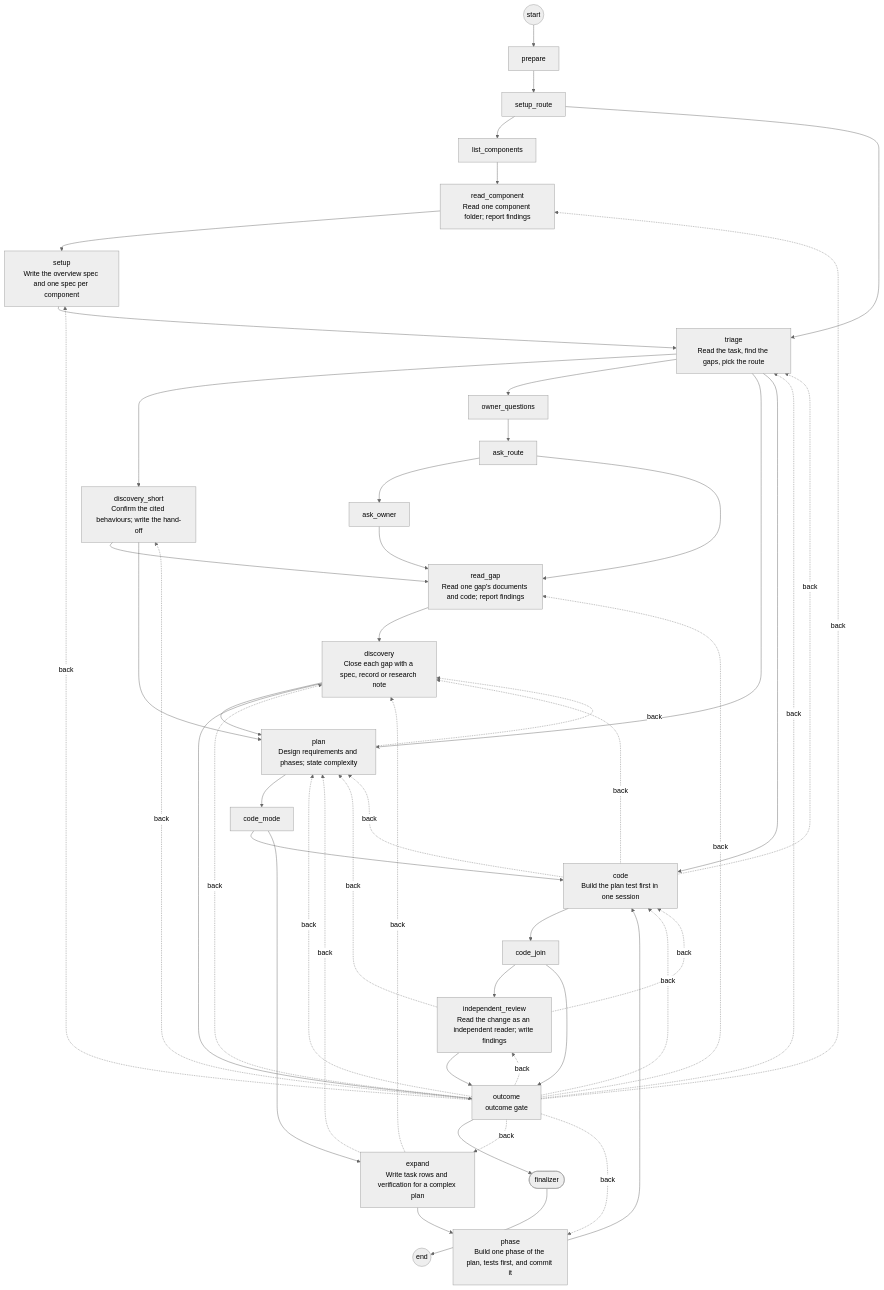
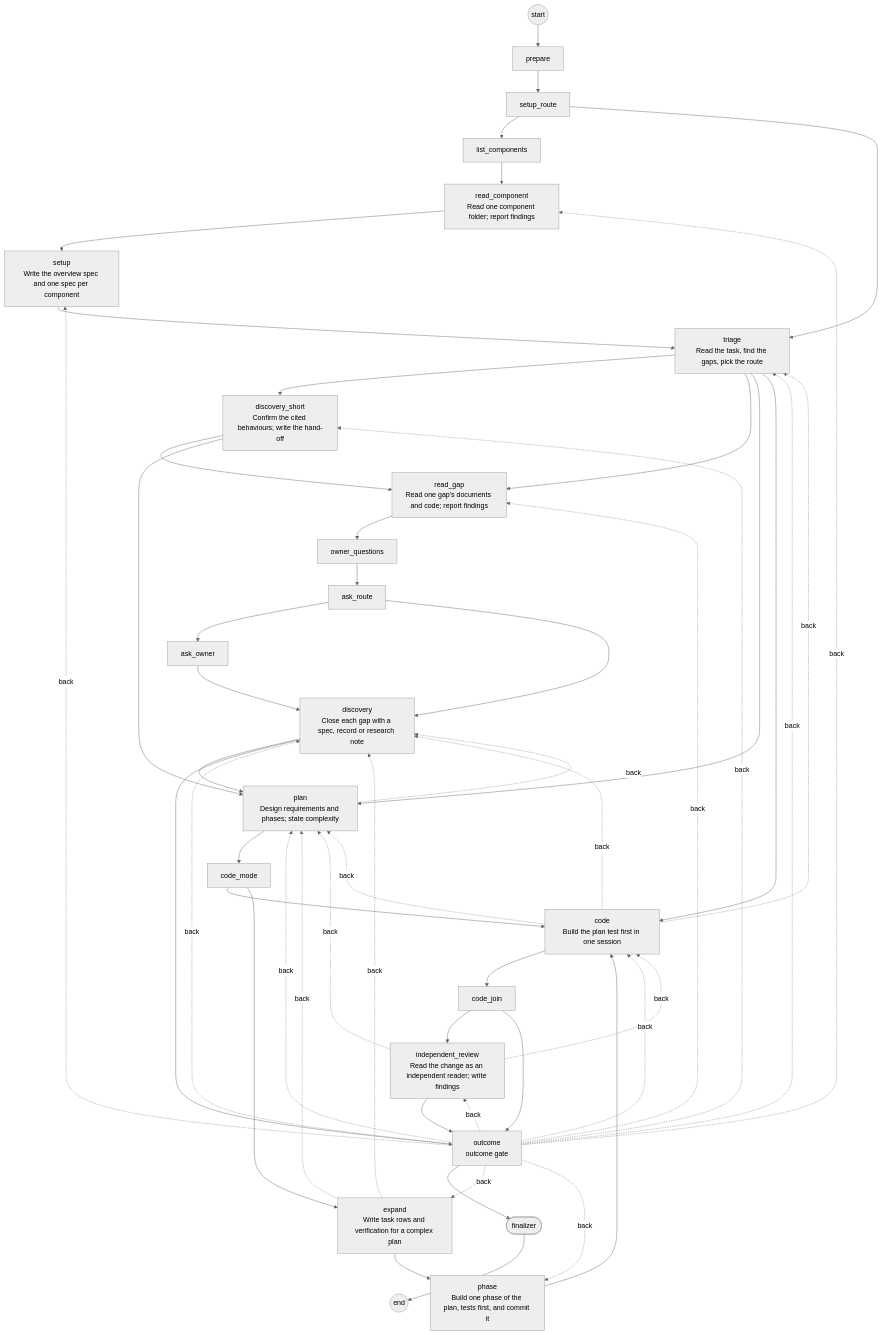
The diagram in plugins/temperspec-tgraph/diagram/workflow.md (dbr0vskyi/tempergraph), drawn with Mermaid (neutral theme) before and after one commit. The commit also changed 141 other files, not shown here.

````diff
--- a/plugins/temperspec-tgraph/diagram/workflow.md
+++ b/plugins/temperspec-tgraph/diagram/workflow.md
@@ -1,77 +1,77 @@
 ```mermaid
 flowchart TD
   start((start))
   u0["prepare"]
   u1["setup_route"]
   u2["list_components"]
   u3["read_component<br/>Read one component folder; report findings"]
   u4["setup<br/>Write the overview spec and one spec per component"]
   u5["triage<br/>Read the task, find the gaps, pick the route"]
   u6["discovery_short<br/>Confirm the cited behaviours; write the hand-off"]
-  u7["owner_questions"]
-  u8["ask_route"]
-  u9["ask_owner"]
-  u10["read_gap<br/>Read one gap's documents and code; report findings"]
+  u7["read_gap<br/>Read one gap's documents and code; report findings"]
+  u8["owner_questions"]
+  u9["ask_route"]
+  u10["ask_owner"]
   u11["discovery<br/>Close each gap with a spec, record or research note"]
   u12["plan<br/>Design requirements and phases; state complexity"]
   u13["code_mode"]
   u14["expand<br/>Write task rows and verification for a complex plan"]
   u15["phase<br/>Build one phase of the plan, tests first, and commit it"]
   u16["code<br/>Build the plan test first in one session"]
   u17["code_join"]
   u18["independent_review<br/>Read the change as an independent reader; write findings"]
   u19["outcome<br/>outcome gate"]
   fin([finalizer])
   stop((end))
   start --> u0
   u0 --> u1
   u1 --> u2
   u1 --> u5
   u2 --> u3
   u3 --> u4
   u4 --> u5
   u5 --> u6
   u5 --> u7
   u5 --> u12
   u5 --> u16
-  u6 --> u10
+  u6 --> u7
   u6 --> u12
   u7 --> u8
   u8 --> u9
-  u8 --> u10
   u9 --> u10
+  u9 --> u11
   u10 --> u11
   u11 --> u12
   u11 --> u19
   u12 --> u13
   u12 -.->|back| u11
   u13 --> u16
   u13 --> u14
   u14 --> u15
   u14 -.->|back| u12
   u14 -.->|back| u11
   u15 --> u16
   u16 --> u17
   u16 -.->|back| u12
   u16 -.->|back| u11
   u16 -.->|back| u5
   u17 --> u18
   u17 --> u19
   u18 --> u19
   u18 -.->|back| u12
   u18 -.->|back| u16
   u19 --> fin
   u19 -.->|back| u3
   u19 -.->|back| u4
   u19 -.->|back| u5
   u19 -.->|back| u6
-  u19 -.->|back| u10
+  u19 -.->|back| u7
   u19 -.->|back| u11
   u19 -.->|back| u12
   u19 -.->|back| u14
   u19 -.->|back| u15
   u19 -.->|back| u16
   u19 -.->|back| u18
   fin --> stop
 
 ```
````
